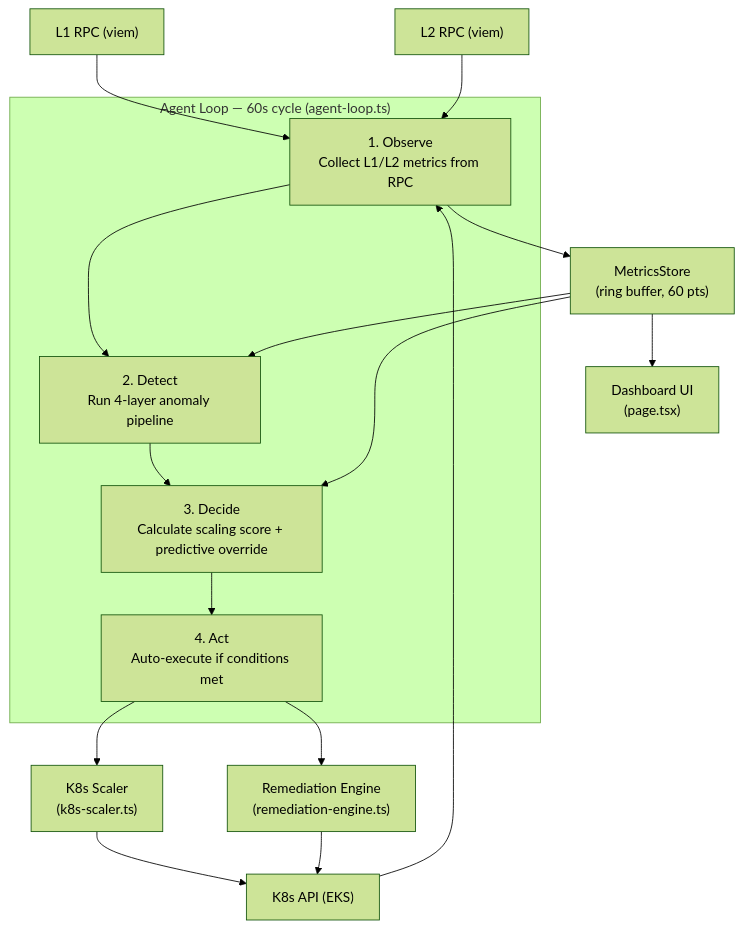
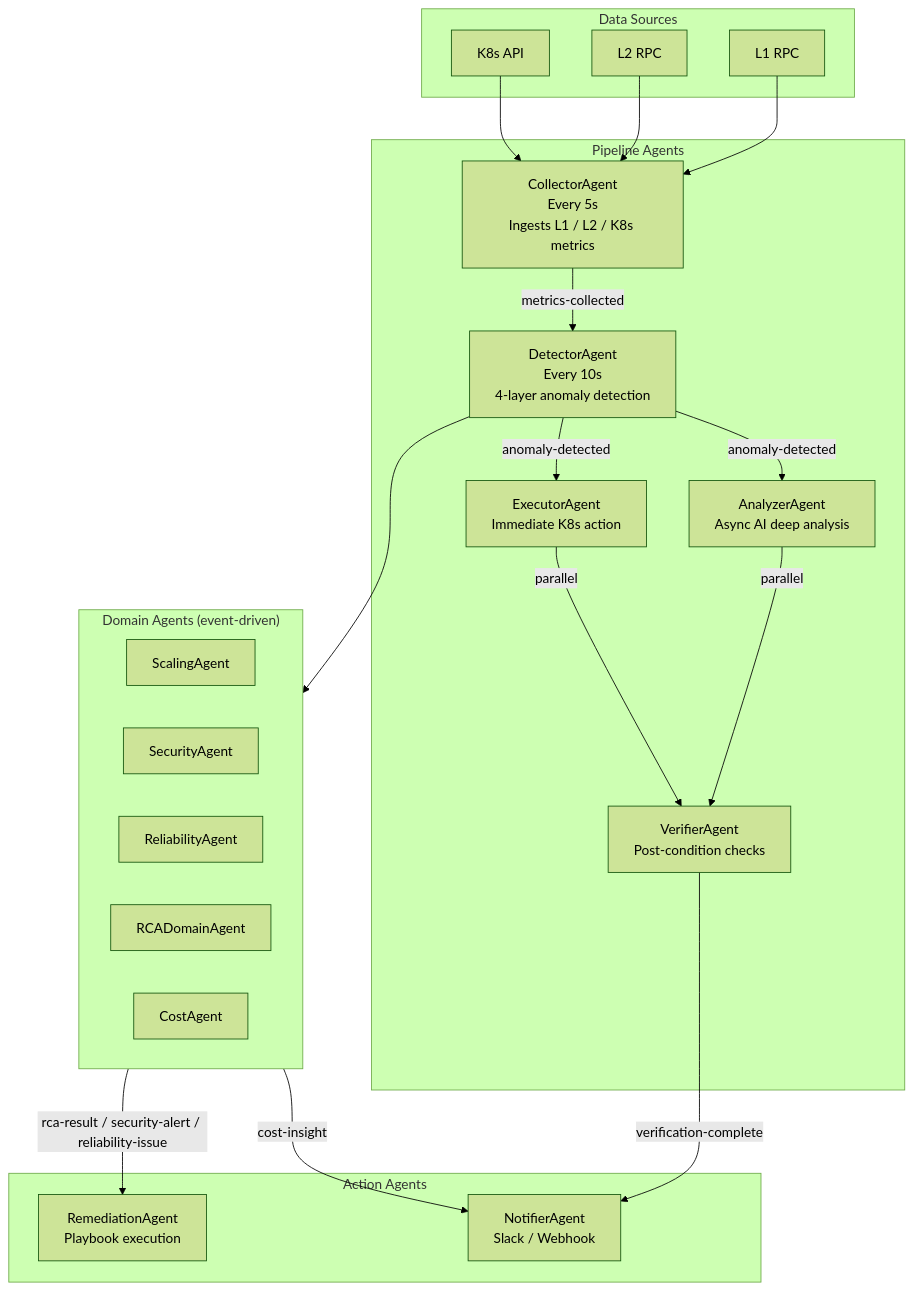
Before and after one commit to tokamak-network/SentinAI: the first of 6 diagrams in docs/guide/architecture.md, drawn with Mermaid (forest theme). The commit also changed other lines of this file, not shown here.

Commit message:
docs(architecture): update agent loop to v2 event-driven architecture
Replace serial 60s Agent Loop diagram with accurate Agent v2 structure:
- AgentOrchestrator with 12 role-based agents (pipeline/domain/action)
- Event-driven via agent-event-bus.ts
- CollectorAgent (5s) → DetectorAgent (10s) → parallel Analyzer + Executor
- Critical path: anomaly-detected → ExecutorAgent → K8s patch ~2s
- Agent role table with interval/trigger/responsibility columns
- Note legacy agent-loop.ts still available for single-instance mode

````diff
--- a/docs/guide/architecture.md
+++ b/docs/guide/architecture.md
@@ -9,32 +13,42 @@
 ```mermaid
 flowchart TD
-    L1["L1 RPC (viem)"]
-    L2["L2 RPC (viem)"]
-    K8s["K8s API (EKS)"]
-
-    subgraph AgentLoop["Agent Loop — 60s cycle (agent-loop.ts)"]
-        Observe["1. Observe\nCollect L1/L2 metrics from RPC"]
-        Detect["2. Detect\nRun 4-layer anomaly pipeline"]
-        Decide["3. Decide\nCalculate scaling score + predictive override"]
-        Act["4. Act\nAuto-execute if conditions met"]
-        Observe --> Detect --> Decide --> Act
+    subgraph Sources["Data Sources"]
+        L1["L1 RPC"]
+        L2["L2 RPC"]
+        K8s["K8s API"]
     end
 
-    L1 --> Observe
-    L2 --> Observe
-    K8s --> Observe
+    subgraph Pipeline["Pipeline Agents"]
+        Collector["CollectorAgent\nEvery 5s\nIngests L1 / L2 / K8s metrics"]
+        Detector["DetectorAgent\nEvery 10s\n4-layer anomaly detection"]
+        Analyzer["AnalyzerAgent\nAsync AI deep analysis"]
+        Executor["ExecutorAgent\nImmediate K8s action"]
+        Verifier["VerifierAgent\nPost-condition checks"]
+    end
 
-    Act --> KScaler["K8s Scaler\n(k8s-scaler.ts)"]
-    Act --> Remediation["Remediation Engine\n(remediation-engine.ts)"]
+    subgraph Domain["Domain Agents (event-driven)"]
+        Scaling["ScalingAgent"]
+        Security["SecurityAgent"]
+        Reliability["ReliabilityAgent"]
+        RCAAgent["RCADomainAgent"]
+        Cost["CostAgent"]
+    end
 
-    KScaler --> K8s
-    Remediation --> K8s
+    subgraph Action["Action Agents"]
+        Remediation["RemediationAgent\nPlaybook execution"]
+        Notifier["NotifierAgent\nSlack / Webhook"]
+    end
 
-    MetricsStore["MetricsStore\n(ring buffer, 60 pts)"]
-    Observe --> MetricsStore
-    MetricsStore --> Detect
-    MetricsStore --> Decide
+    L1 & L2 & K8s --> Collector
+    Collector -->|metrics-collected| Detector
 
-    UI["Dashboard UI\n(page.tsx)"]
-    MetricsStore --> UI
+    Detector -->|anomaly-detected| Analyzer
+    Detector -->|anomaly-detected| Executor
+
+    Analyzer & Executor -->|parallel| Verifier
+    Verifier -->|verification-complete| Notifier
+
+    Detector --> Domain
+    Domain -->|rca-result / security-alert / reliability-issue| Remediation
+    Domain -->|cost-insight| Notifier
 ```
````
